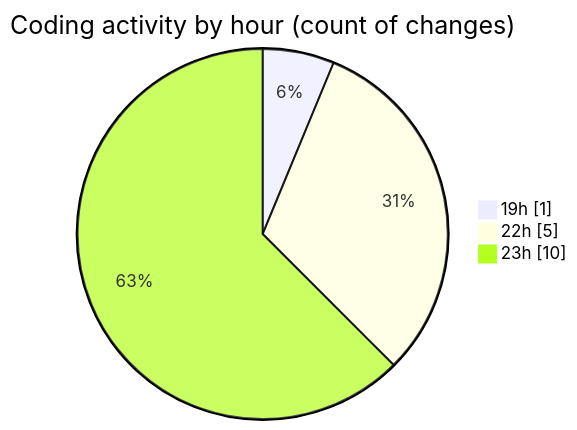
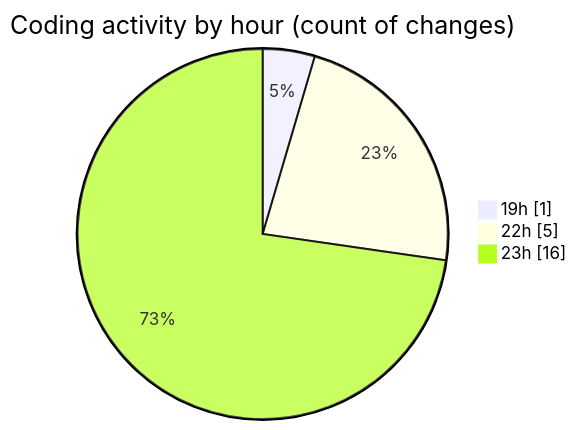
One commit to donsfak/code-tracking changed the second of 2 diagrams in 2025-01-23/trackers_app/README.md. Above: the diagram before and after it, drawn with Mermaid. The commit also changed other lines of this file and 1 other file, not shown here.

````diff
--- a/2025-01-23/trackers_app/README.md
+++ b/2025-01-23/trackers_app/README.md
@@ -31,7 +31,7 @@
 ```mermaid
 pie showData
 title Coding activity by hour (count of changes)
 "19h" : 1
 "22h" : 5
-"23h" : 10
+"23h" : 16
 ```
````
